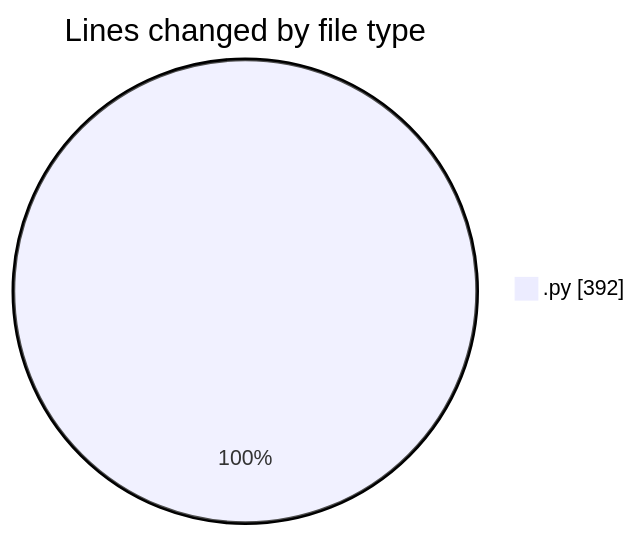
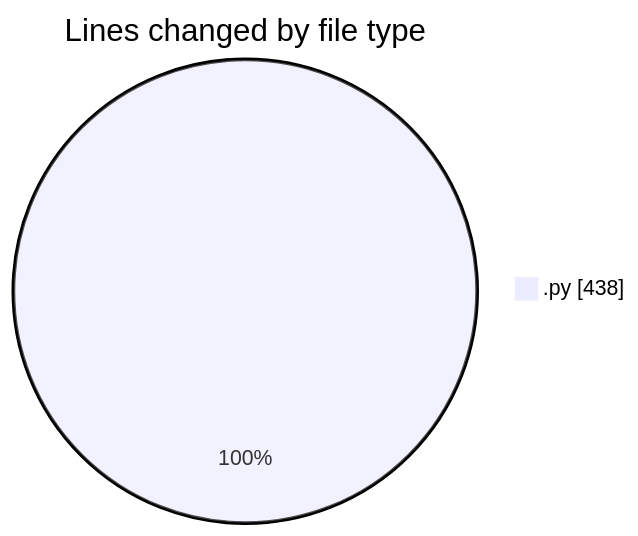
One commit to julien-gomy/code-tracking changed the first of 2 diagrams in 2025-11-07/eventscop-api-guide__workspace_/README.md. Above: the diagram before and after it, drawn with Mermaid. The commit also changed other lines of this file and 1 other file, not shown here.

````diff
--- a/2025-11-07/eventscop-api-guide__workspace_/README.md
+++ b/2025-11-07/eventscop-api-guide__workspace_/README.md
@@ -21,5 +22,5 @@
 ```mermaid
 pie showData
 title Lines changed by file type
-".py" : 392
+".py" : 438
 ```
````
